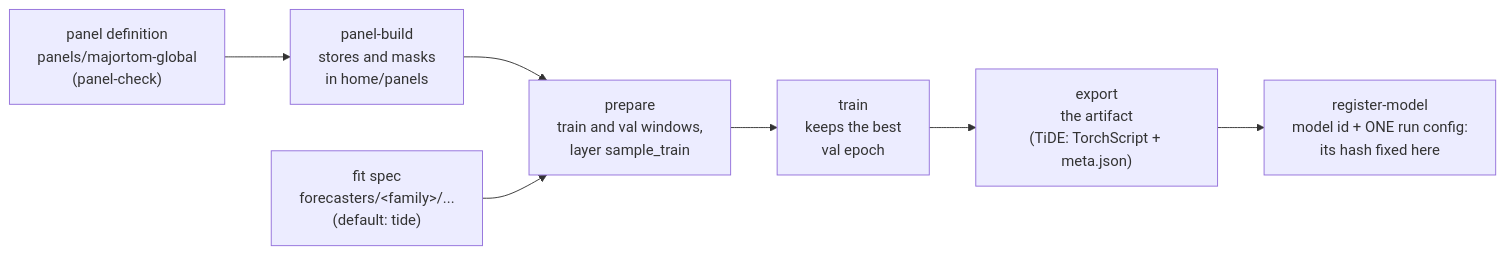
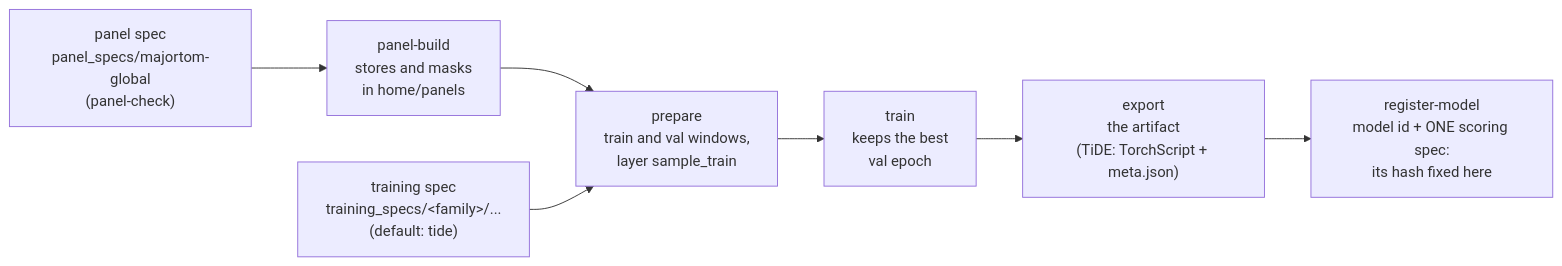
One commit to conflict-ecology/ponzi-suite changed the third of 5 diagrams in docs/method/workflows.md. Above: the diagram before and after it, drawn with Mermaid. The commit also changed other lines of this file and 54 other files, not shown here.

````diff
--- a/docs/method/workflows.md
+++ b/docs/method/workflows.md
@@ -167,9 +167,9 @@
 ```mermaid
 flowchart LR
-  def["panel definition<br/>panels/majortom-global<br/>(panel-check)"] --> build["panel-build<br/>stores and masks<br/>in home/panels"]
+  def["panel spec<br/>panel_specs/majortom-global<br/>(panel-check)"] --> build["panel-build<br/>stores and masks<br/>in home/panels"]
   build --> prep["prepare<br/>train and val windows,<br/>layer sample_train"]
-  spec["fit spec<br/>forecasters/&lt;family&gt;/...<br/>(default: tide)"] --> prep
+  spec["training spec<br/>training_specs/&lt;family&gt;/...<br/>(default: tide)"] --> prep
   prep --> train["train<br/>keeps the best<br/>val epoch"]
   train --> export["export<br/>the artifact<br/>(TiDE: TorchScript + meta.json)"]
-  export --> reg["register-model<br/>model id + ONE run config:<br/>its hash fixed here"]
+  export --> reg["register-model<br/>model id + ONE scoring spec:<br/>its hash fixed here"]
 ```
````
